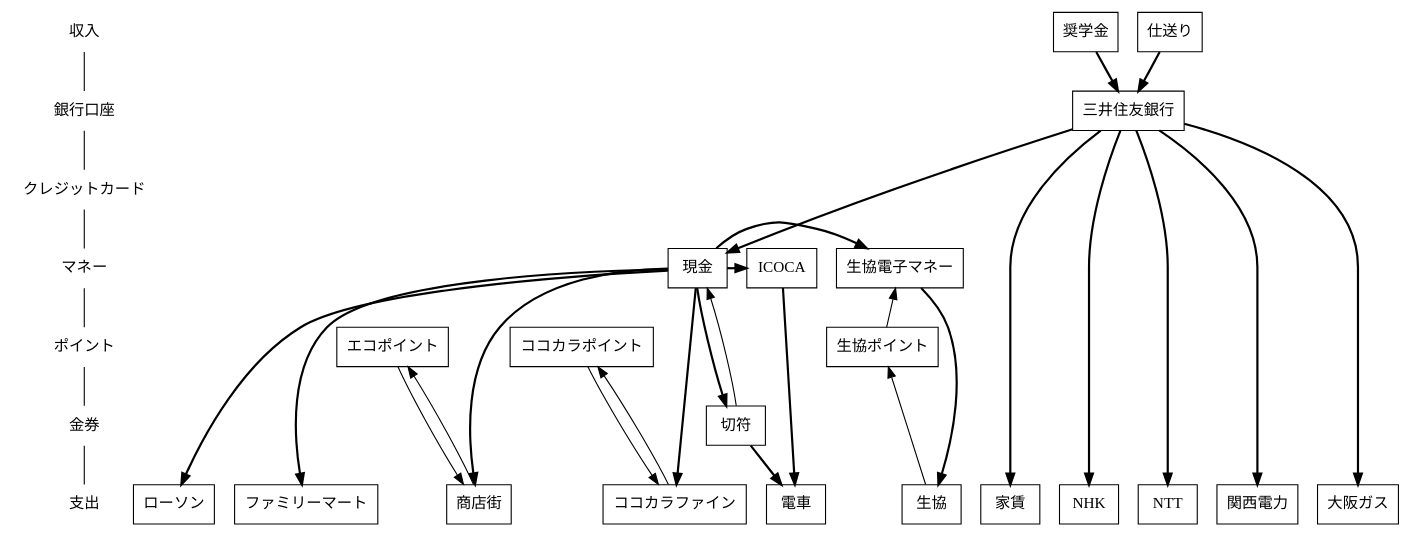
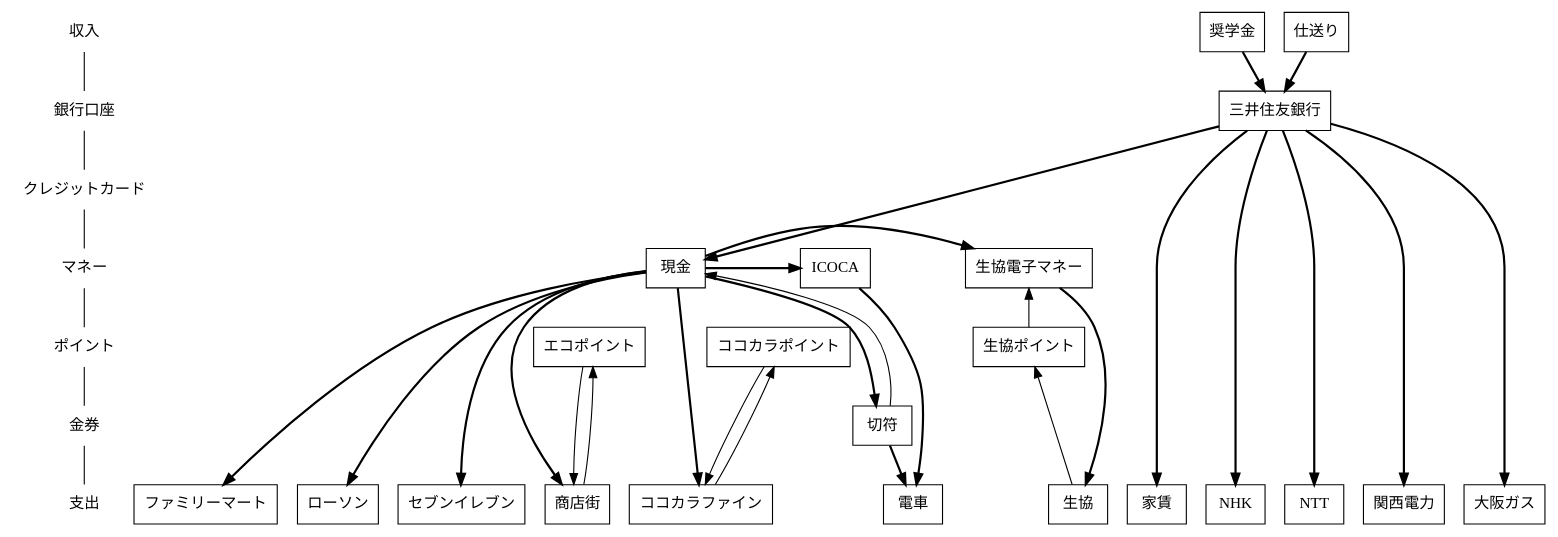
Before and after one commit to saireya/moneyflow: the diagram in flow.dot, drawn with Graphviz.

Commit message:
2010/01: Added Seven-Eleven

```diff
--- a/flow.dot
+++ b/flow.dot
@@ -1,80 +1,82 @@
 // dot -Tsvg flow.dot -o flow.svg
 digraph "MoneyFlow"
 {
 	node [ shape = box ];
 
 	"収入", "銀行口座", "クレジットカード", "マネー", "ポイント", "金券", "支出" [shape = none];
 	"収入" -> "銀行口座" -> "クレジットカード" -> "マネー" -> "ポイント" -> "金券" -> "支出" [arrowhead = none];
 	{
 		rank = same; "収入";
 		奨学金;
 		仕送り;
 	}
 
 	{
 		rank = same; "銀行口座";
 		三井住友銀行;
 	}
 
 	{
 		rank = same; "クレジットカード";
 	}
 
 	{
 		rank = same; "マネー";
 		ICOCA;
 		生協電子マネー;
 		現金;
 	}
 
 	{
 		rank = same; "ポイント";
 		エコポイント;
 		生協ポイント;
 		ココカラポイント;
 	}
 
 	{
 		rank = same; "金券";
 		切符;
 	}
 
 	{
 		rank = same; "支出";
 		家賃;
 		// コンビニ
 		ローソン;
+		セブンイレブン;
 		ファミリーマート;
 		// 交通
 		電車;
 		// インフラ
 		NHK;
 		NTT;
 		関西電力;
 		大阪ガス;
 		// 店舗
 		商店街;
 		生協;
 		ココカラファイン;
 	}
 
 	// SMBC
 	奨学金 -> 三井住友銀行 [style="bold", weight=100];
 	仕送り -> 三井住友銀行 [style="bold", weight=100];
 	三井住友銀行 -> 現金, 家賃, 関西電力, 大阪ガス, NHK, NTT [style="bold", weight=100];
 
 	// 現金
 	現金 -> 商店街 [style="bold", weight=100];
 	商店街 -> エコポイント -> 商店街;
 	現金 -> ローソン [style="bold", weight=100];
+	現金 -> セブンイレブン [style="bold", weight=100];
 	現金 -> ファミリーマート [style="bold", weight=100];
 	現金 -> 生協電子マネー [style="bold", weight=100];
 	生協電子マネー -> 生協 [style="bold", weight=100];
 	生協 -> 生協ポイント -> 生協電子マネー;
 	現金 -> ココカラファイン [style="bold", weight=100];
 	ココカラファイン -> ココカラポイント -> ココカラファイン;
 
 	現金 -> ICOCA -> 電車 [style="bold", weight=100];
 	現金 -> 切符 -> 電車 [style="bold", weight=100];
 	切符 -> 現金;
 } 
```
